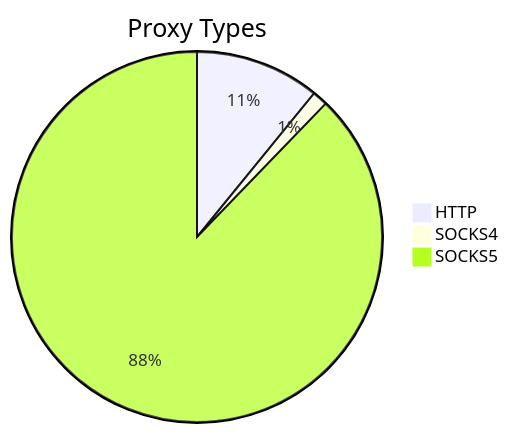
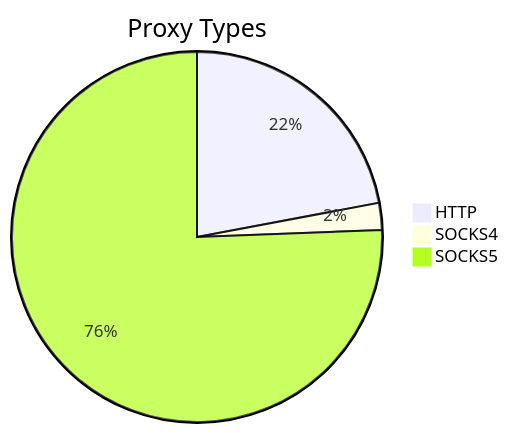
One commit to stormsia/proxy-list changed the first of 2 diagrams in README.md. Above: the diagram before and after it, drawn with Mermaid. The commit also changed other lines of this file, not shown here.

````diff
--- a/README.md
+++ b/README.md
@@ -21,6 +21,6 @@
 ```mermaid
 pie title Proxy Types
-    "HTTP" : 130
-    "SOCKS4" : 16
-    "SOCKS5" : 1049
+    "HTTP" : 300
+    "SOCKS4" : 32
+    "SOCKS5" : 1029
 ```
````
